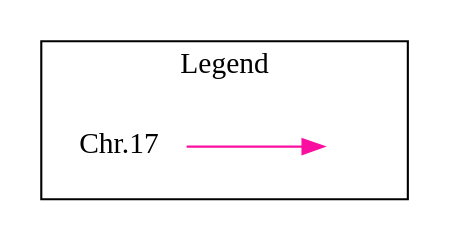
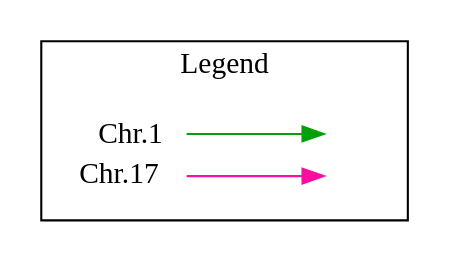
One commit to VasLem/brain-shape-asymmetry-genetics changed the diagram in results/visualizeCCAOnPheno/graphviz/legGraphWithBC.gv. Above: the diagram before and after it, drawn with Graphviz. The commit also changed 42 other files, not shown here.

```diff
--- a/results/visualizeCCAOnPheno/graphviz/legGraphWithBC.gv
+++ b/results/visualizeCCAOnPheno/graphviz/legGraphWithBC.gv
@@ -1,12 +1,15 @@
 digraph {
 rankdir=LR
 node [shape=plaintext]
 subgraph cluster_01 {rank=same; key1, key2 
 label = "Legend";
  key1 [label=<<table border="0" cellpadding="2" cellspacing="0" cellborder="0">[
+<tr><td align="right" port="i1" >Chr.1</td></tr>
 <tr><td align="right" port="i17" >Chr.17</td></tr></table>>]
  key2 [label=<<table border="0" cellpadding="2" cellspacing="0" cellborder="0">[
+<tr><td port="i1">&nbsp;</td></tr>
 <tr><td port="i17">&nbsp;</td></tr></table>>]
+key1:i1:e -> key2:i1:w [color="#00A00A"]
 key1:i17:e -> key2:i17:w [color="#FA0FA0"]
 }
 }
```
